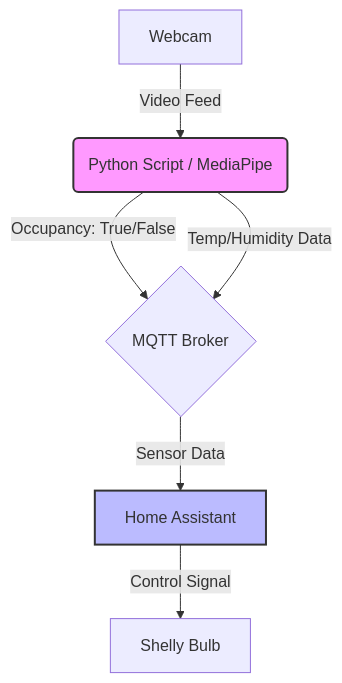
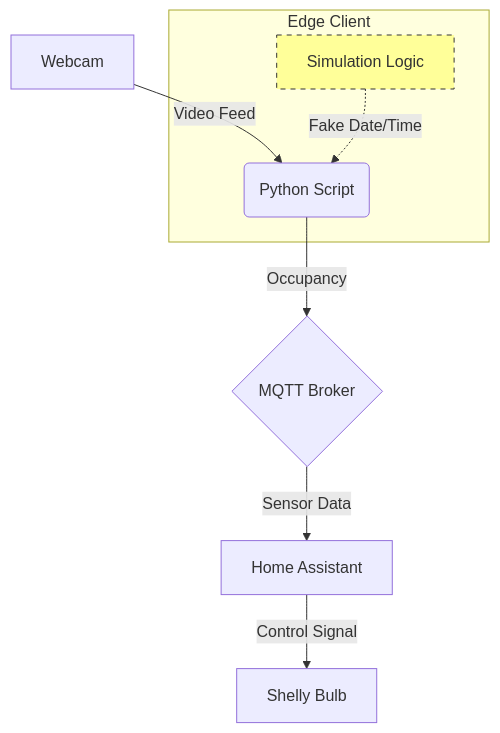
One commit to haugeSander/ina-bloque1 changed the diagram in README.md. Above: the diagram before and after it, drawn with Mermaid. The commit also changed other lines of this file, not shown here.

Commit message:
add: missing parts from updated mqtt_publisher script into readme

````diff
--- a/README.md
+++ b/README.md
@@ -13,11 +13,15 @@
 ```mermaid
 graph TD
-    A[Webcam] -->|Video Feed| B(Python Script / MediaPipe)
-    B -->|Occupancy: True/False| C{MQTT Broker}
-    B -->|Temp/Humidity Data| C
+    A[Webcam] -->|Video Feed| B(Python Script)
+    B -->|Occupancy| C{MQTT Broker}
+    
+    subgraph Edge Client
+    B
+    S[Simulation Logic] -.->|Fake Date/Time| B
+    end
+    
     C -->|Sensor Data| D[Home Assistant]
     D -->|Control Signal| E[Shelly Bulb]
     
-    style B fill:#f9f,stroke:#333,stroke-width:2px
-    style D fill:#bbf,stroke:#333,stroke-width:2px
+    style S fill:#ff9,stroke:#333,stroke-dasharray: 5 5
 ```
````
